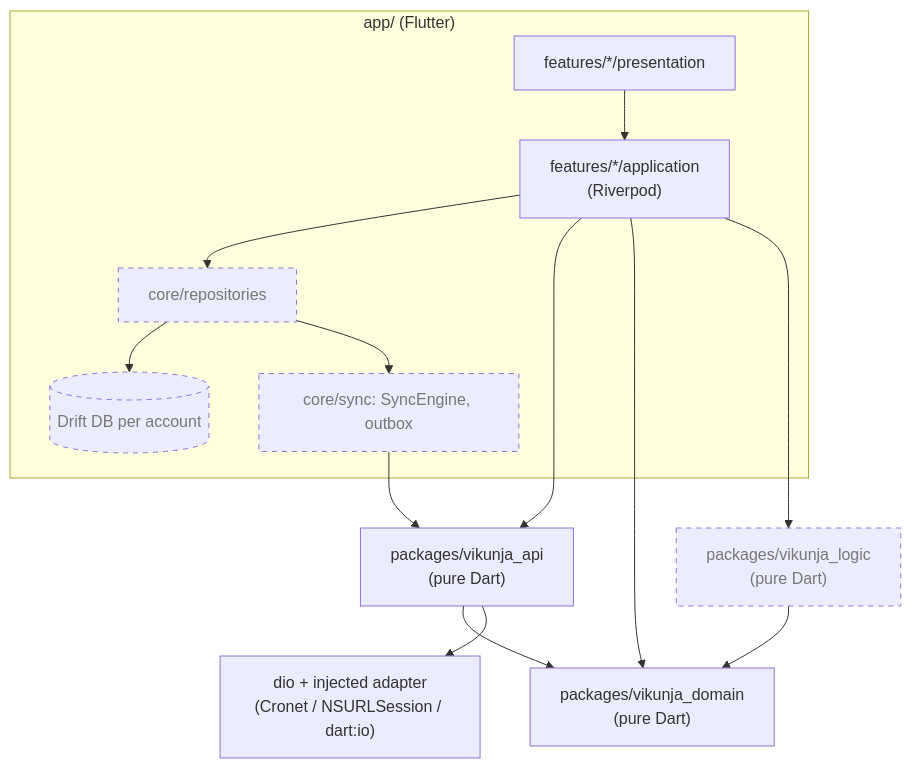
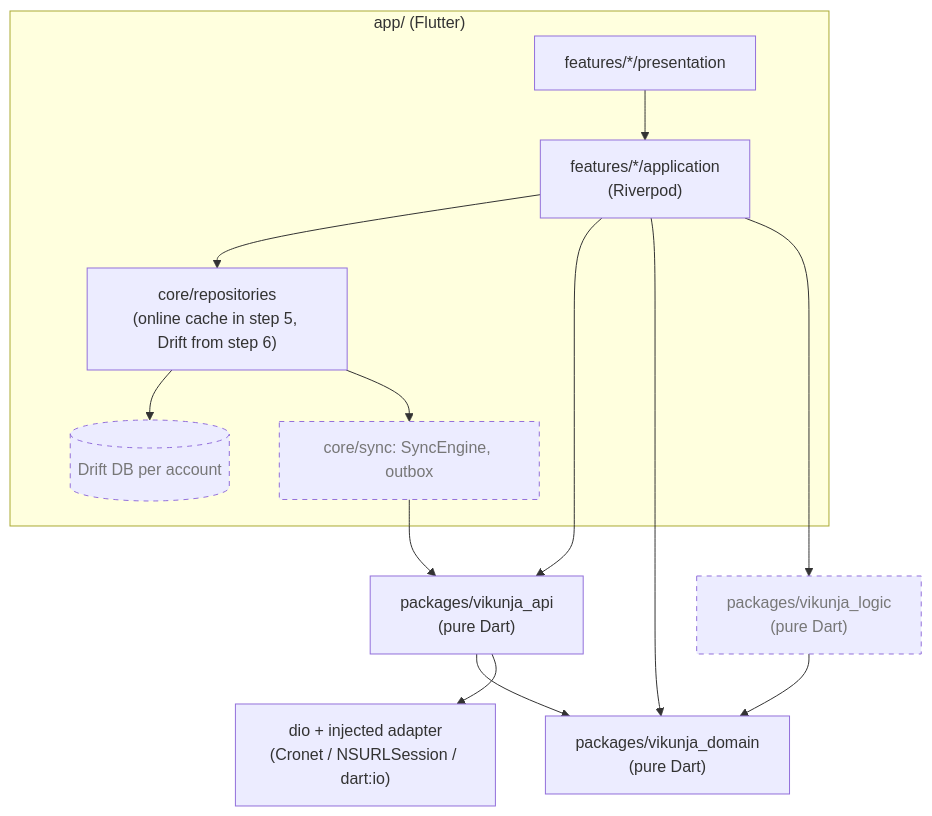
Before and after one commit to coderoftime/vikunja-app-ci-test: the first of 5 diagrams in docs/architecture.md, drawn with Mermaid. The commit also changed other lines of this file and 119 other files, not shown here.

````diff
--- a/docs/architecture.md
+++ b/docs/architecture.md
@@ -46,19 +46,19 @@
 ```mermaid
 flowchart TD
   subgraph APP["app/ (Flutter)"]
     PRES["features/*/presentation"] --> APPL["features/*/application<br/>(Riverpod)"]
-    APPL --> REPO["core/repositories"]
+    APPL --> REPO["core/repositories<br/>(online cache in step 5, Drift from step 6)"]
     REPO --> DB[("Drift DB per account")]
     REPO --> OUTBOX["core/sync: SyncEngine, outbox"]
   end
   APPL --> API
   OUTBOX --> API
   API["packages/vikunja_api<br/>(pure Dart)"] --> DOM["packages/vikunja_domain<br/>(pure Dart)"]
   APPL --> DOM
   LOGIC["packages/vikunja_logic<br/>(pure Dart)"] --> DOM
   APPL --> LOGIC
   API --> DIO["dio + injected adapter<br/>(Cronet / NSURLSession / dart:io)"]
 
   classDef planned stroke-dasharray: 5 5,color:#777
-  class REPO,DB,OUTBOX,LOGIC planned
+  class DB,OUTBOX,LOGIC planned
 ```
````
